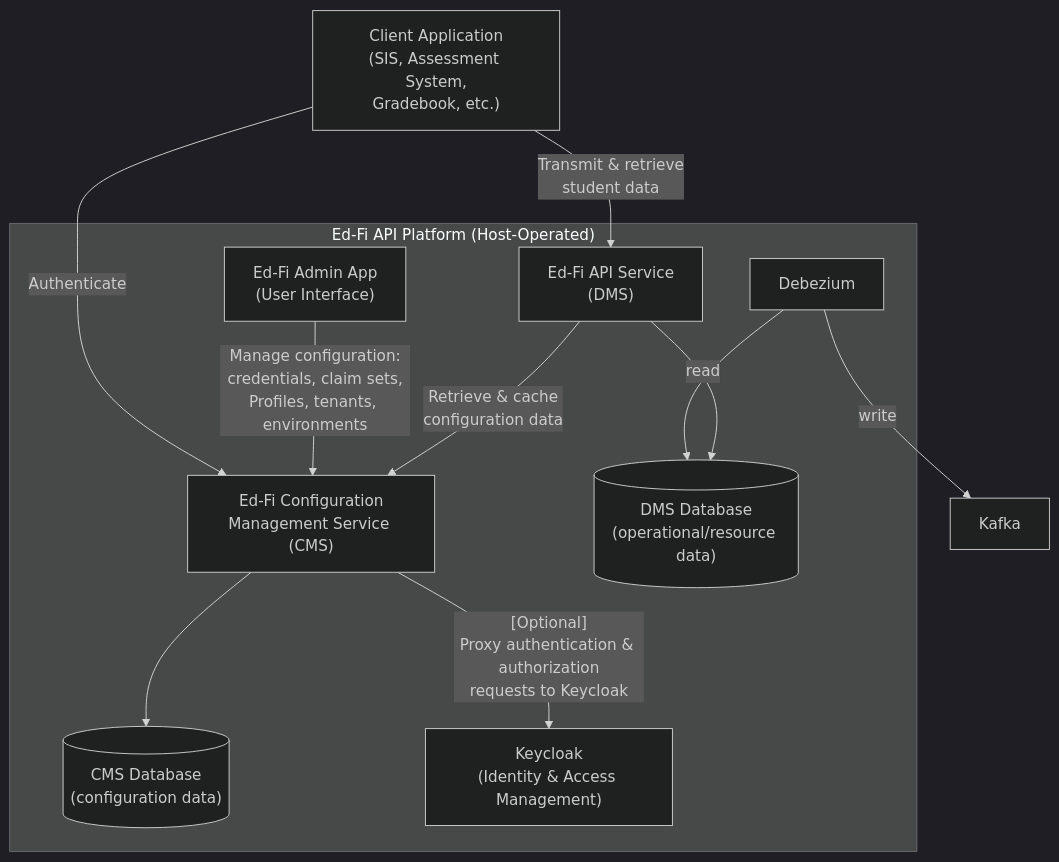
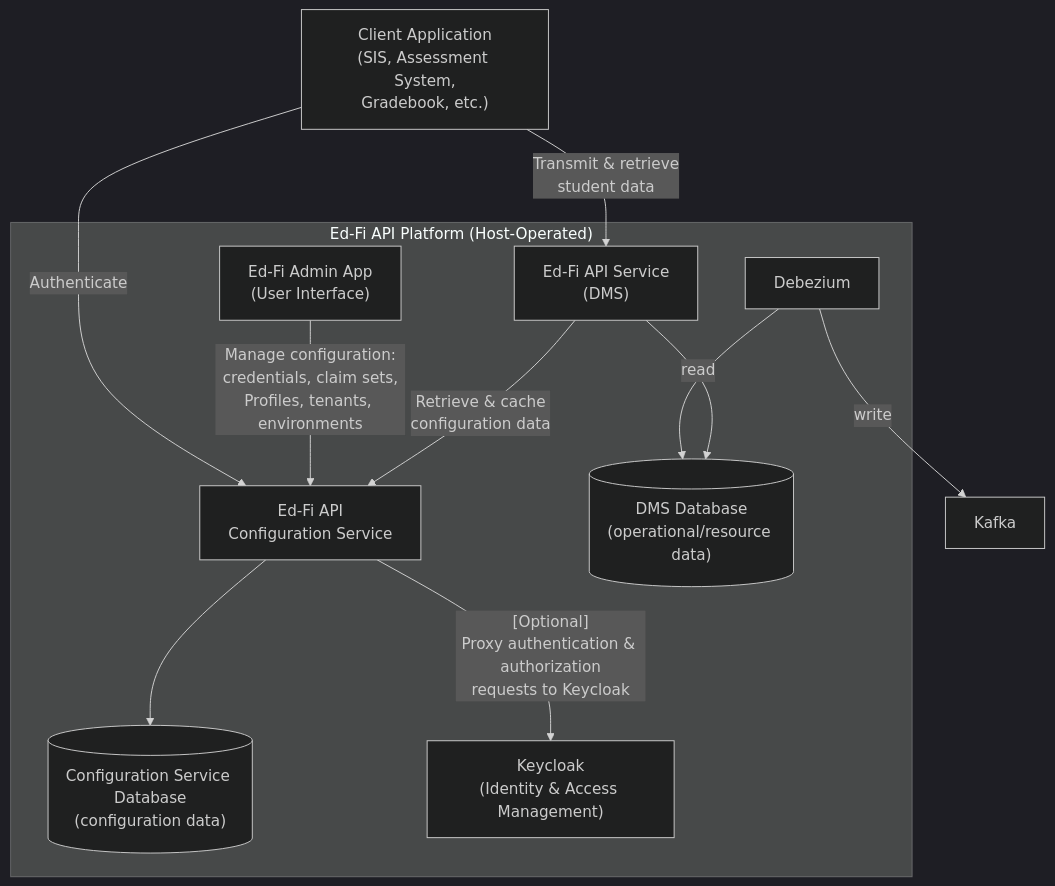
Before and after one commit to Ed-Fi-Alliance-OSS/Data-Management-Service: the diagram in docs/PRD-v8.1.md, drawn with Mermaid (dark theme). The commit also changed 60 other files, not shown here.

First line of the commit message:
[DMS-1602] Use the official Configuration Service name in docs

````diff
--- a/docs/PRD-v8.1.md
+++ b/docs/PRD-v8.1.md
@@ -133,25 +133,25 @@
 ```mermaid
 graph TB
     ClientApp["Client Application<br/>(SIS, Assessment System,<br/>Gradebook, etc.)"]
 
     subgraph Platform["Ed-Fi API Platform (Host-Operated)"]
     AdminUI["Ed-Fi Admin App<br/>(User Interface)"]
         DMS["Ed-Fi API Service<br/>(DMS)"]
-        CMS["Ed-Fi Configuration<br/>Management Service (CMS)"]
+        CMS["Ed-Fi API<br/>Configuration Service"]
         DMSDB[("DMS Database<br/>(operational/resource data)")]
-        CMSDB[("CMS Database<br/>(configuration data)")]
+        CMSDB[("Configuration Service Database<br/>(configuration data)")]
 
         KeyCloak["Keycloak<br/>(Identity & Access Management)"]
         Debezium -->|read| DMSDB
     end
 
     ClientApp -->|"Authenticate"| CMS
     ClientApp -->|"Transmit & retrieve<br/>student data"| DMS
     AdminUI -->|"Manage configuration:<br/>credentials, claim sets,<br/>Profiles, tenants, environments"| CMS
     DMS -->|"Retrieve & cache<br/>configuration data"| CMS
     DMS --> DMSDB
     CMS --> CMSDB
 
     CMS -->|"[Optional]<br />Proxy authentication & authorization<br/>requests to Keycloak"| KeyCloak
     Debezium -->|write| Kafka
 ```
````
